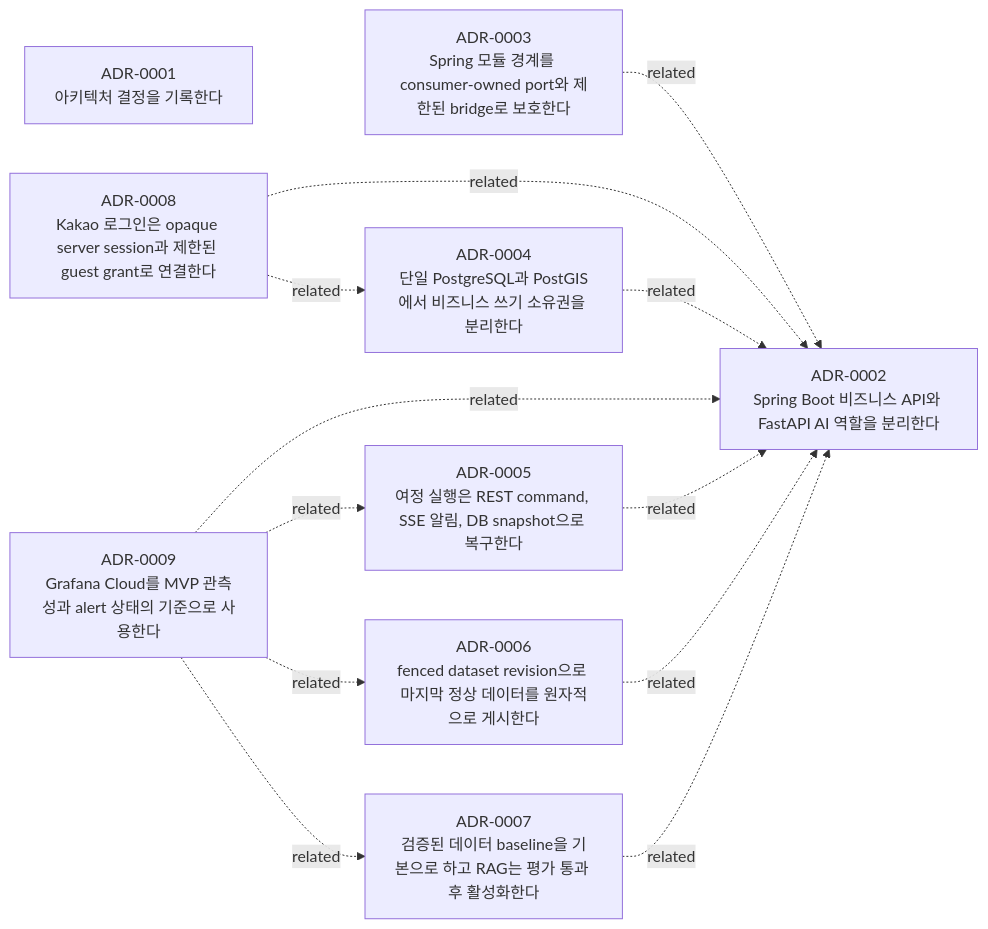
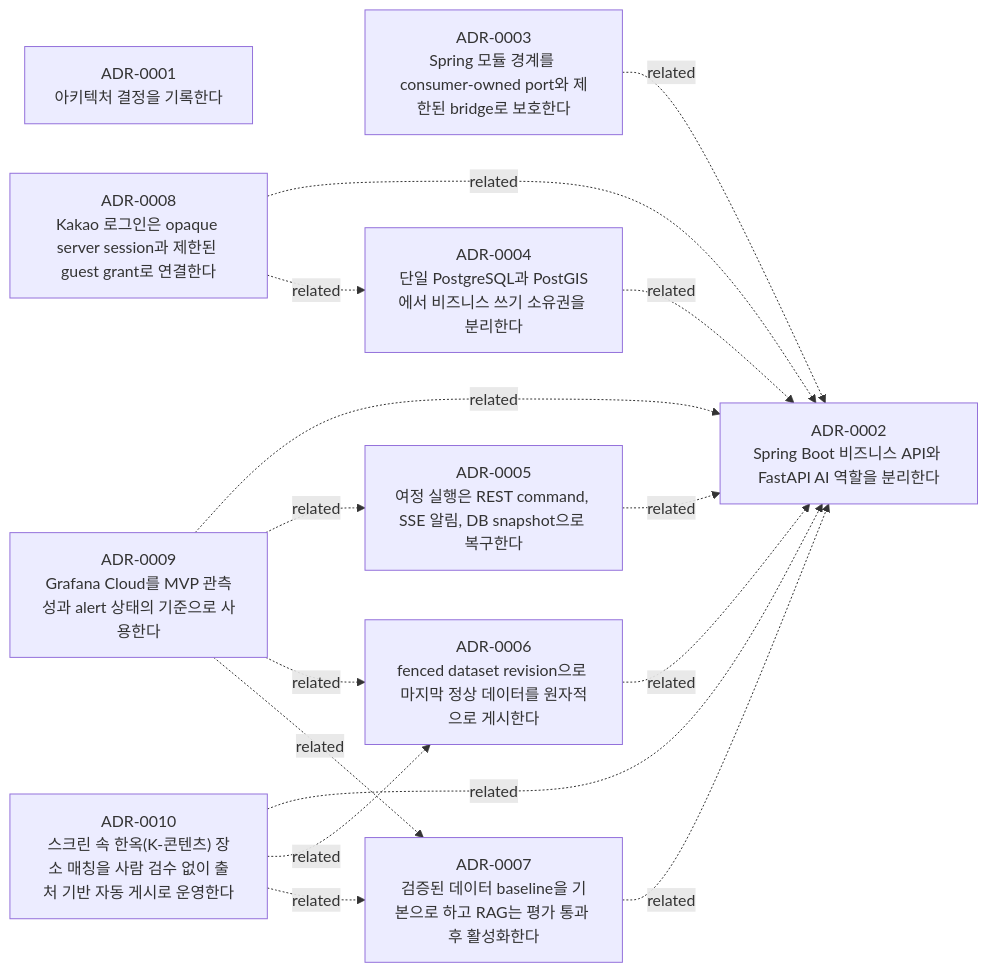
The diagram in docs/decisions/README.md (YRootLab/OnMaru-backend), drawn with Mermaid before and after one commit. The commit also changed other lines of this file and 4 other files, not shown here.

First line of the commit message:
docs(specs): 스크린 속 한옥 백엔드 요구사항 및 ADR-0010, traceability 갱신

````diff
--- a/docs/decisions/README.md
+++ b/docs/decisions/README.md
@@ -184,23 +216,27 @@
 ```mermaid
 flowchart LR
   ADR_0001["ADR-0001<br/>아키텍처 결정을 기록한다"]
   ADR_0002["ADR-0002<br/>Spring Boot 비즈니스 API와 FastAPI AI 역할을 분리한다"]
   ADR_0003["ADR-0003<br/>Spring 모듈 경계를 consumer-owned port와 제한된 bridge로 보호한다"]
   ADR_0004["ADR-0004<br/>단일 PostgreSQL과 PostGIS에서 비즈니스 쓰기 소유권을 분리한다"]
   ADR_0005["ADR-0005<br/>여정 실행은 REST command, SSE 알림, DB snapshot으로 복구한다"]
   ADR_0006["ADR-0006<br/>fenced dataset revision으로 마지막 정상 데이터를 원자적으로 게시한다"]
   ADR_0007["ADR-0007<br/>검증된 데이터 baseline을 기본으로 하고 RAG는 평가 통과 후 활성화한다"]
   ADR_0008["ADR-0008<br/>Kakao 로그인은 opaque server session과 제한된 guest grant로 연결한다"]
   ADR_0009["ADR-0009<br/>Grafana Cloud를 MVP 관측성과 alert 상태의 기준으로 사용한다"]
+  ADR_0010["ADR-0010<br/>스크린 속 한옥(K-콘텐츠) 장소 매칭을 사람 검수 없이 출처 기반 자동 게시로 운영한다"]
   ADR_0003 -.->|related| ADR_0002
   ADR_0004 -.->|related| ADR_0002
   ADR_0005 -.->|related| ADR_0002
   ADR_0006 -.->|related| ADR_0002
   ADR_0007 -.->|related| ADR_0002
   ADR_0008 -.->|related| ADR_0002
   ADR_0008 -.->|related| ADR_0004
   ADR_0009 -.->|related| ADR_0002
   ADR_0009 -.->|related| ADR_0005
   ADR_0009 -.->|related| ADR_0006
   ADR_0009 -.->|related| ADR_0007
+  ADR_0010 -.->|related| ADR_0002
+  ADR_0010 -.->|related| ADR_0006
+  ADR_0010 -.->|related| ADR_0007
 ```
````
